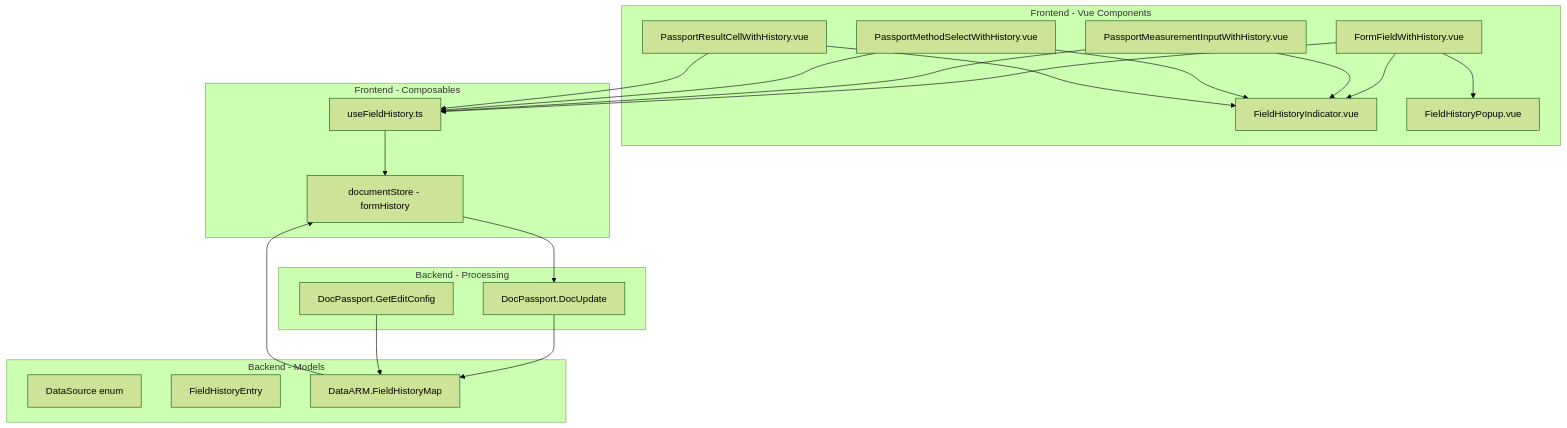
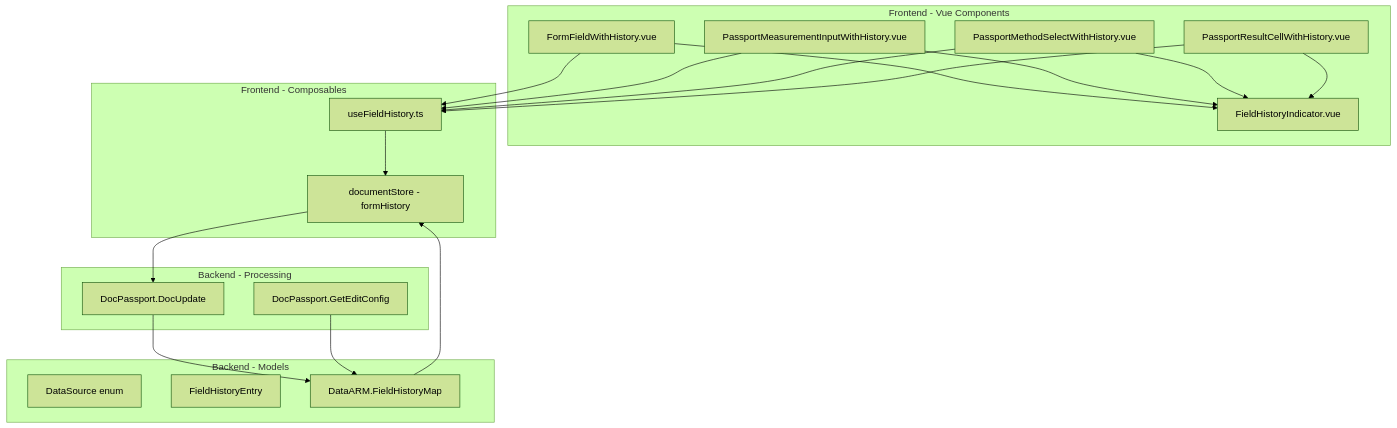
One commit to tn-ivk/tn-doc changed diagram 14 of 18 in docs/architecture/overview.md. Above: the diagram before and after it, drawn with Mermaid (forest theme). The commit also changed other lines of this file and 15 other files, not shown here.

````diff
--- a/docs/architecture/overview.md
+++ b/docs/architecture/overview.md
@@ -662,45 +639,43 @@
 ```mermaid
 graph TB
     subgraph "Frontend - Vue Components"
         FieldIndicator[FieldHistoryIndicator.vue]
-        HistoryPopup[FieldHistoryPopup.vue]
         FieldWrapper[FormFieldWithHistory.vue]
         MeasurementInput[PassportMeasurementInputWithHistory.vue]
         MethodSelect[PassportMethodSelectWithHistory.vue]
         ResultCell[PassportResultCellWithHistory.vue]
     end
 
     subgraph "Frontend - Composables"
         UseFieldHistory[useFieldHistory.ts]
         DocumentStore[documentStore - formHistory]
     end
 
     subgraph "Backend - Models"
         DataSource[DataSource enum]
         HistoryEntry[FieldHistoryEntry]
         DataARM[DataARM.FieldHistoryMap]
     end
 
     subgraph "Backend - Processing"
         DocUpdate[DocPassport.DocUpdate]
         GetEditConfig[DocPassport.GetEditConfig]
     end
 
     FieldWrapper --> FieldIndicator
-    FieldWrapper --> HistoryPopup
     MeasurementInput --> FieldIndicator
     MethodSelect --> FieldIndicator
     ResultCell --> FieldIndicator
 
     FieldWrapper --> UseFieldHistory
     MeasurementInput --> UseFieldHistory
     MethodSelect --> UseFieldHistory
     ResultCell --> UseFieldHistory
 
     UseFieldHistory --> DocumentStore
     DocumentStore --> DocUpdate
     DocUpdate --> DataARM
 
     GetEditConfig --> DataARM
     DataARM --> DocumentStore
 ```
````
